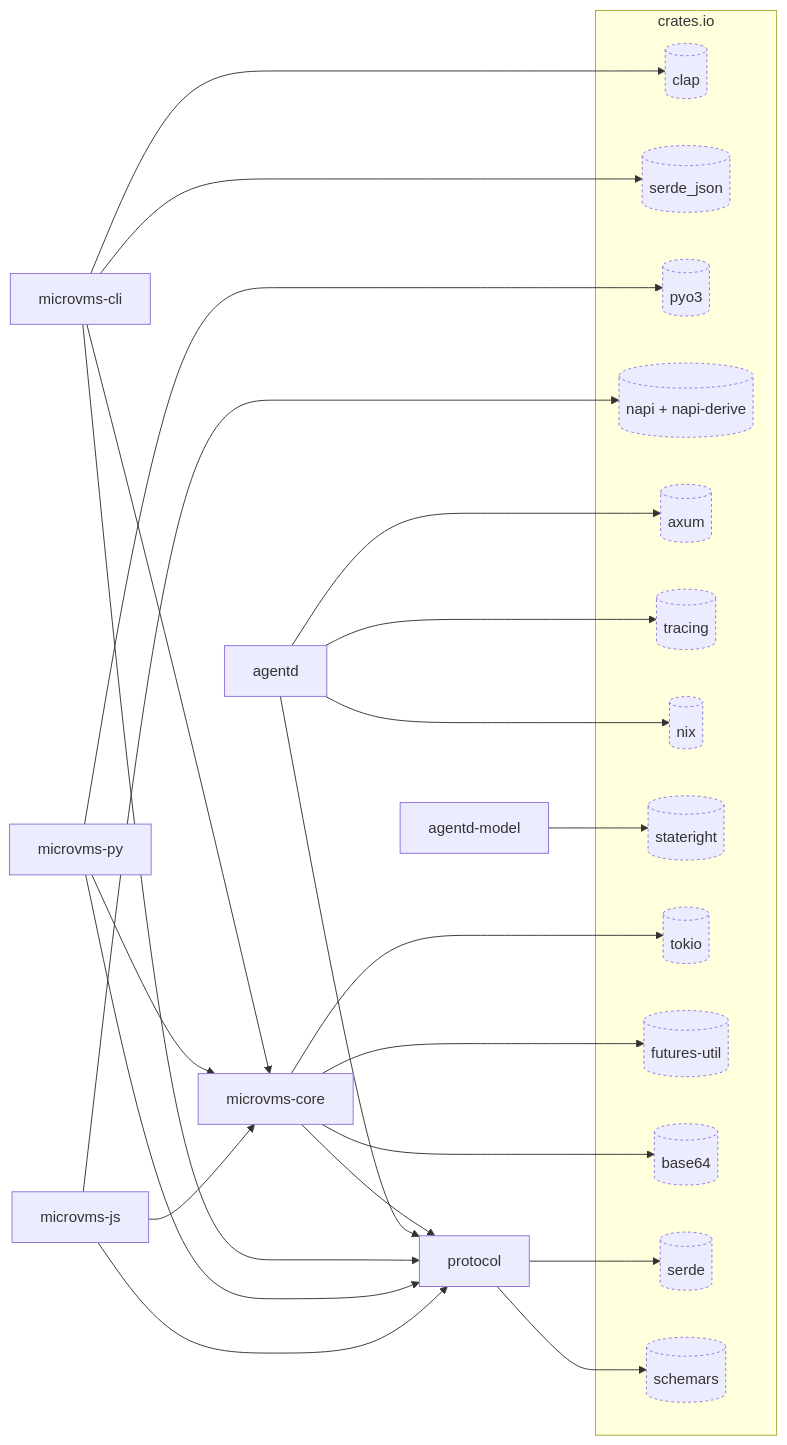
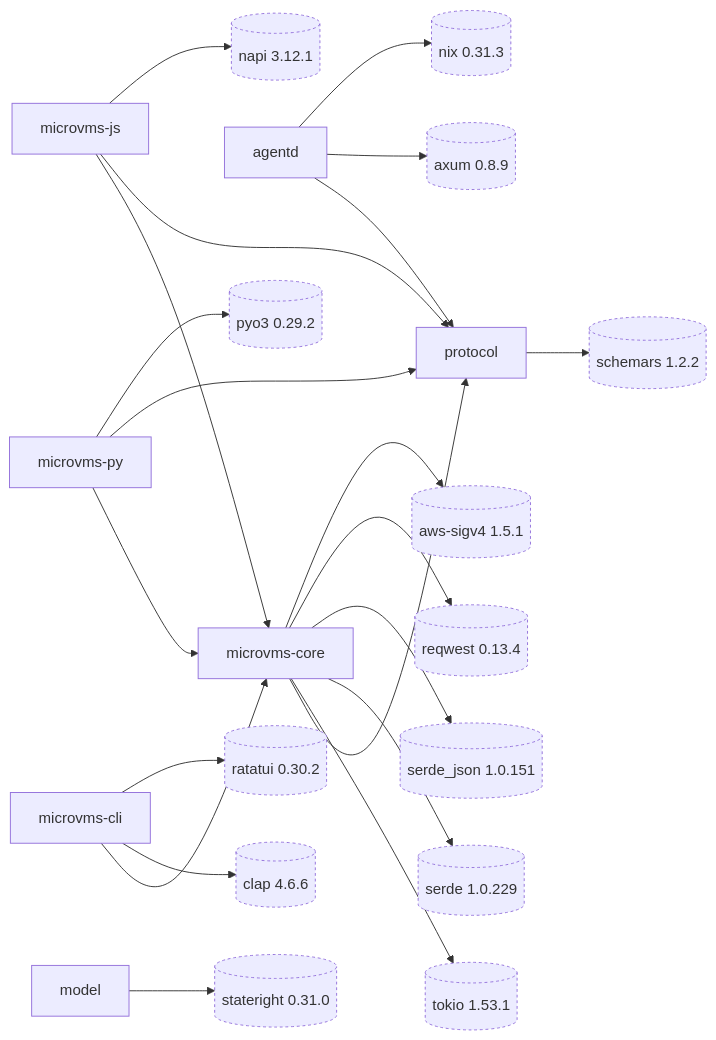
The diagram in docs/diagrams/structural/dependency-graph.md (theagenticguy/microvms-agentd), drawn with Mermaid before and after one commit. The commit also changed other lines of this file and 19 other files, not shown here.

````diff
--- a/docs/diagrams/structural/dependency-graph.md
+++ b/docs/diagrams/structural/dependency-graph.md
@@ -7,51 +10,48 @@
 ```mermaid
 flowchart LR
-    microvms_cli[microvms-cli]
-    microvms_py[microvms-py]
-    microvms_js[microvms-js]
+    cli[microvms-cli]
+    core[microvms-core]
+    protocol[protocol]
     agentd[agentd]
-    agentd_model[agentd-model]
-    microvms_core[microvms-core]
-    protocol[protocol]
+    py[microvms-py]
+    js[microvms-js]
+    model[model]
 
-    microvms_cli --> microvms_core
-    microvms_py --> microvms_core
-    microvms_js --> microvms_core
-    microvms_core --> protocol
+    tokio[(tokio 1.53.1)]:::external
+    serde[(serde 1.0.229)]:::external
+    serdejson[(serde_json 1.0.151)]:::external
+    schemars[(schemars 1.2.2)]:::external
+    axum[(axum 0.8.9)]:::external
+    nix[(nix 0.31.3)]:::external
+    reqwest[(reqwest 0.13.4)]:::external
+    sigv4[(aws-sigv4 1.5.1)]:::external
+    clap[(clap 4.6.6)]:::external
+    ratatui[(ratatui 0.30.2)]:::external
+    pyo3[(pyo3 0.29.2)]:::external
+    napi[(napi 3.12.1)]:::external
+    stateright[(stateright 0.31.0)]:::external
+
+    cli --> core
+    core --> protocol
     agentd --> protocol
-    microvms_cli --> protocol
-    microvms_py --> protocol
-    microvms_js --> protocol
+    py --> core
+    py --> protocol
+    js --> core
+    js --> protocol
 
-    subgraph ext["crates.io"]
-        clap[("clap")]:::external
-        serde_json[("serde_json")]:::external
-        pyo3[("pyo3")]:::external
-        napi[("napi + napi-derive")]:::external
-        axum[("axum")]:::external
-        tracing[("tracing")]:::external
-        nix[("nix")]:::external
-        stateright[("stateright")]:::external
-        tokio[("tokio")]:::external
-        futures_util[("futures-util")]:::external
-        base64[("base64")]:::external
-        serde[("serde")]:::external
-        schemars[("schemars")]:::external
-    end
-
-    microvms_cli --> clap
-    microvms_cli --> serde_json
-    microvms_py --> pyo3
-    microvms_js --> napi
+    core --> tokio
+    core --> serde
+    core --> serdejson
+    core --> reqwest
+    core --> sigv4
+    protocol --> schemars
     agentd --> axum
-    agentd --> tracing
     agentd --> nix
-    agentd_model --> stateright
-    microvms_core --> tokio
-    microvms_core --> futures_util
-    microvms_core --> base64
-    protocol --> serde
-    protocol --> schemars
+    cli --> clap
+    cli --> ratatui
+    py --> pyo3
+    js --> napi
+    model --> stateright
 
     classDef external stroke-dasharray: 3 3
 ```
````
